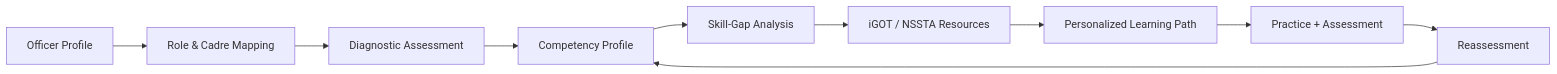
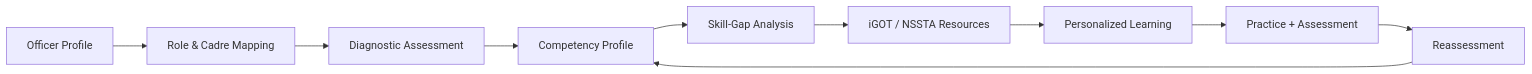
The fourth of 10 diagrams in README.md (syedroshanriyan/stat-skill-SIH-2026), drawn with Mermaid before and after one commit. The commit also changed other lines of this file, not shown here.

````diff
--- a/README.md
+++ b/README.md
@@ -259,12 +204,12 @@
-``` mermaid
+```mermaid
 flowchart LR
     A["Officer Profile"] --> B["Role & Cadre Mapping"]
     B --> C["Diagnostic Assessment"]
     C --> D["Competency Profile"]
     D --> E["Skill-Gap Analysis"]
     E --> F["iGOT / NSSTA Resources"]
-    F --> G["Personalized Learning Path"]
+    F --> G["Personalized Learning"]
     G --> H["Practice + Assessment"]
     H --> I["Reassessment"]
     I --> D
 ```
````
